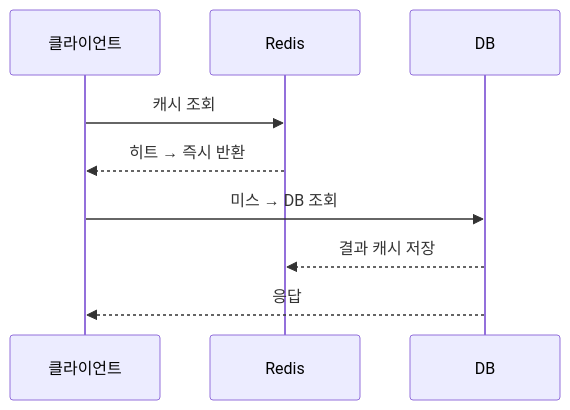
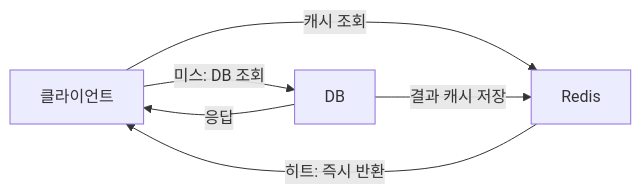
One commit to yjkim2015/yjkim2015.github.io changed the second of 3 diagrams in _posts/systemdesign/2026-05-01-system-design.md. Above: the diagram before and after it, drawn with Mermaid. The commit also changed other lines of this file and 84 other files, not shown here.

First line of the commit message:
85개 포스트 Mermaid 다이어그램 규칙 일괄 수정

````diff
--- a/_posts/systemdesign/2026-05-01-system-design.md
+++ b/_posts/systemdesign/2026-05-01-system-design.md
@@ -474,11 +474,8 @@
 ```mermaid
-sequenceDiagram
-    participant 클라이언트
-    participant Redis
-    participant DB
-    클라이언트->>Redis: 캐시 조회
-    Redis-->>클라이언트: 히트 → 즉시 반환
-    클라이언트->>DB: 미스 → DB 조회
-    DB-->>Redis: 결과 캐시 저장
-    DB-->>클라이언트: 응답
+graph LR
+    A[클라이언트] -->|캐시 조회| B[Redis]
+    B -->|히트: 즉시 반환| A
+    A -->|미스: DB 조회| C[DB]
+    C -->|결과 캐시 저장| B
+    C -->|응답| A
 ```
````
